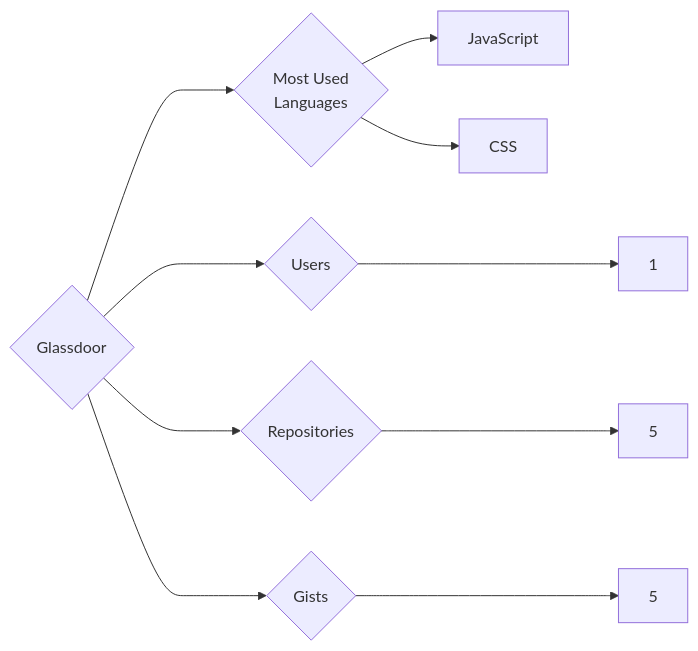
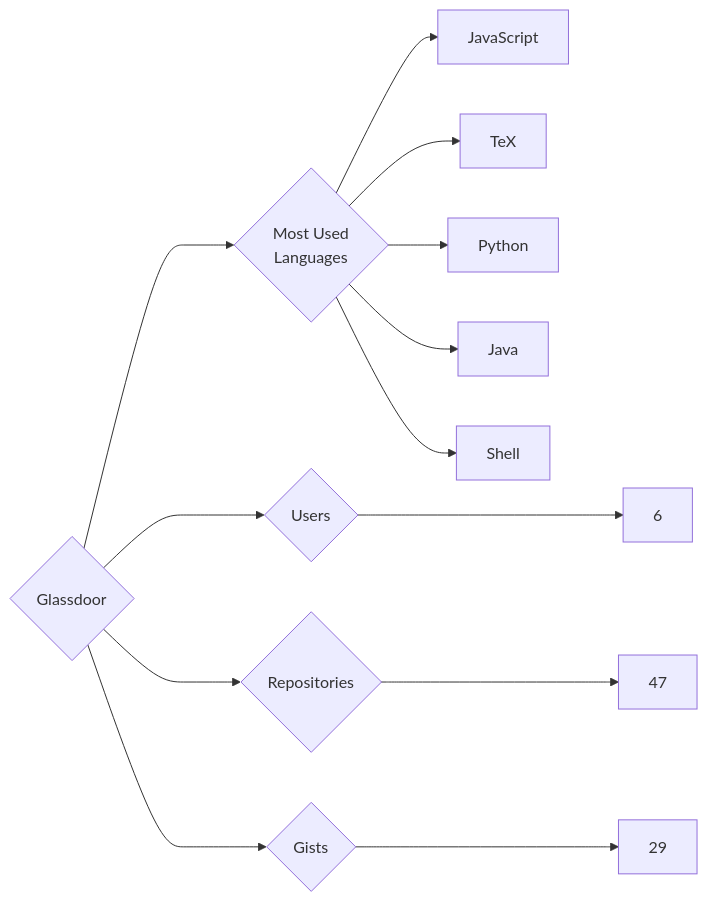
Before and after one commit to trickest/insiders: the diagram in targets/Glassdoor/README.md, drawn with Mermaid. The commit also changed 782 other files, not shown here.

````diff
--- a/targets/Glassdoor/README.md
+++ b/targets/Glassdoor/README.md
@@ -3,10 +3,13 @@
 ```mermaid
 graph LR
 COMPANY_NAME{Glassdoor}
-COMPANY_NAME ---> U{Users} ---> UN[1]
-COMPANY_NAME ---> R{Repositories} ---> RN[5]
-COMPANY_NAME ---> G{Gists} ---> GN[5]
+COMPANY_NAME ---> U{Users} ---> UN[6]
+COMPANY_NAME ---> R{Repositories} ---> RN[47]
+COMPANY_NAME ---> G{Gists} ---> GN[29]
 COMPANY_NAME ---> ML{Most Used<br>Languages}
 ML --> JavaScript[JavaScript]
-ML --> CSS[CSS]
+ML --> TeX[TeX]
+ML --> Python[Python]
+ML --> Java[Java]
+ML --> Shell[Shell]
 ```
````
